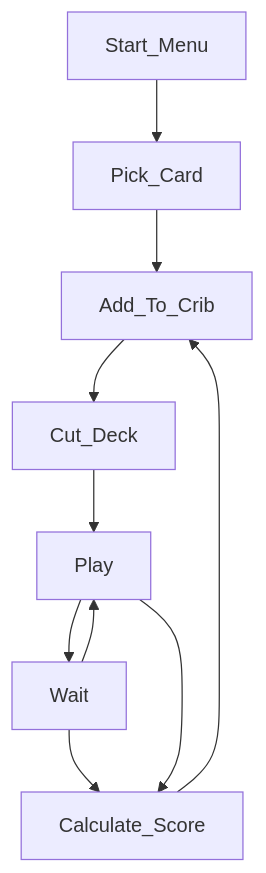
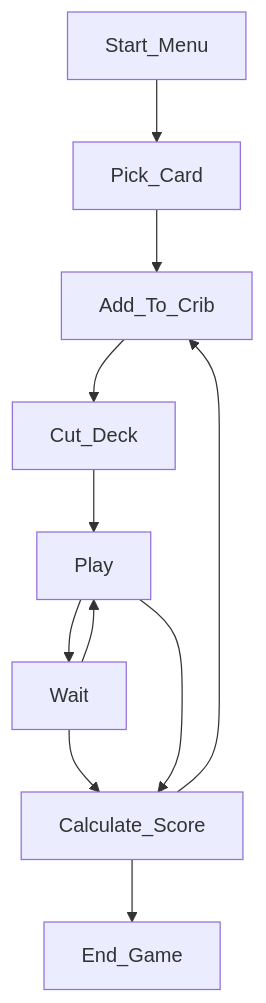
The diagram in docs/Flowchart.mmd (jordanvtskier1/cribbage), drawn with Mermaid before and after one commit.

```diff
--- a/docs/Flowchart.mmd
+++ b/docs/Flowchart.mmd
@@ -1,10 +1,11 @@
 graph TD;
     Start_Menu-->Pick_Card;
     Pick_Card-->Add_To_Crib;
     Add_To_Crib-->Cut_Deck;
     Cut_Deck-->Play
     Play-->Wait;
     Wait-->Play;
     Wait-->Calculate_Score;
     Play-->Calculate_Score;
     Calculate_Score-->Add_To_Crib;
+    Calculate_Score-->End_Game;
```
